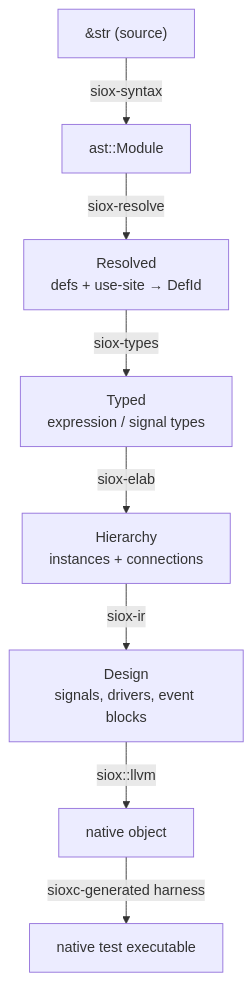
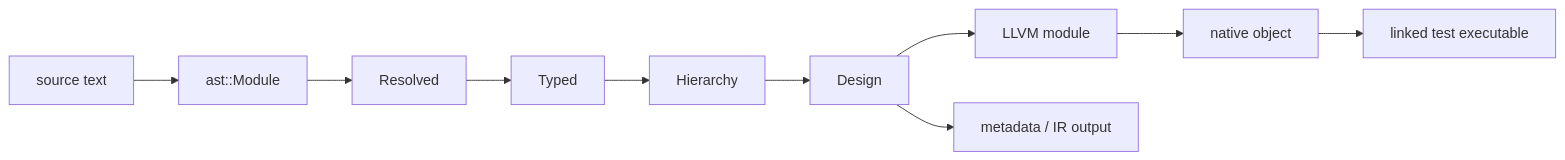
Before and after one commit to Siox-lang/sioxc: the second of 2 diagrams in docs/architecture.md, drawn with Mermaid. The commit also changed other lines of this file and 11 other files, not shown here.

Commit message:
Reorganize roadmap by compiler layer

````diff
--- a/docs/architecture.md
+++ b/docs/architecture.md
@@ -101,10 +105,12 @@
 ```mermaid
-flowchart TD
-    A["&str (source)"] -->|siox-syntax| B["ast::Module"]
-    B -->|siox-resolve| C["Resolved<br/>defs + use-site → DefId"]
-    C -->|siox-types| D["Typed<br/>expression / signal types"]
-    D -->|siox-elab| E["Hierarchy<br/>instances + connections"]
-    E -->|siox-ir| F["Design<br/>signals, drivers, event blocks"]
-    F -->|"siox::llvm"| G["native object"]
-    G -->|"sioxc-generated harness"| H["native test executable"]
+flowchart LR
+    A["source text"] --> B["ast::Module"]
+    B --> C["Resolved"]
+    C --> D["Typed"]
+    D --> E["Hierarchy"]
+    E --> F["Design"]
+    F --> G["LLVM module"]
+    G --> H["native object"]
+    F --> I["metadata / IR output"]
+    H --> J["linked test executable"]
 ```
````
